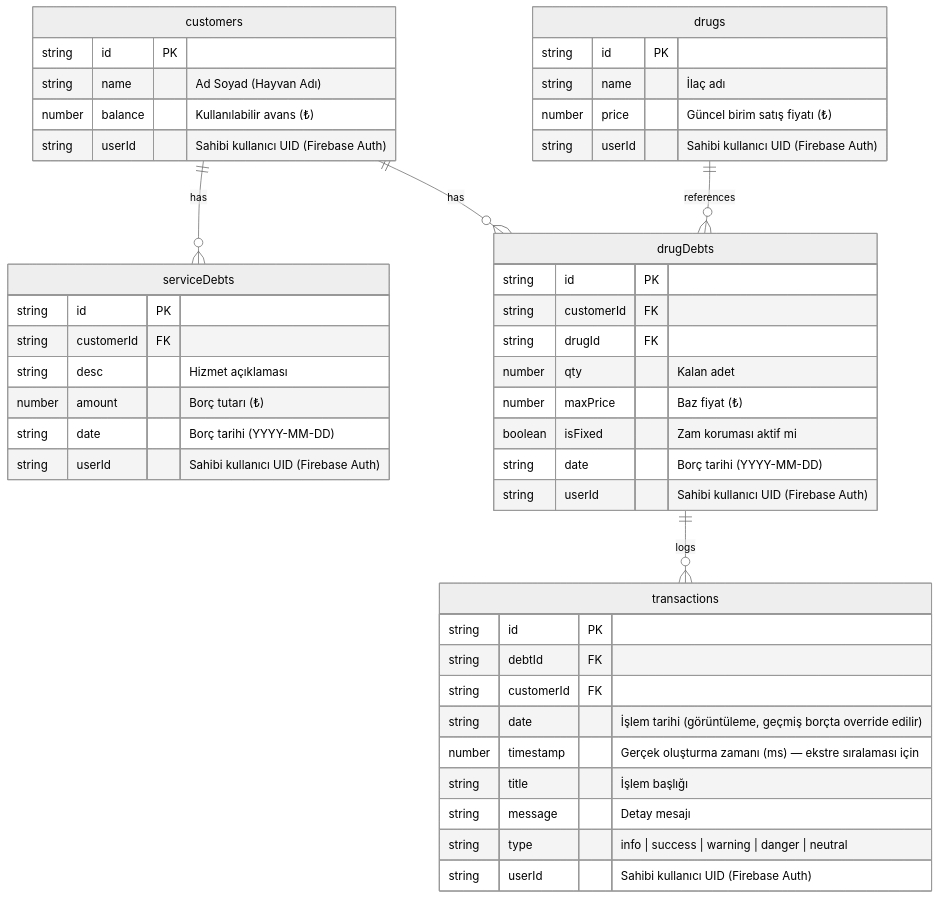
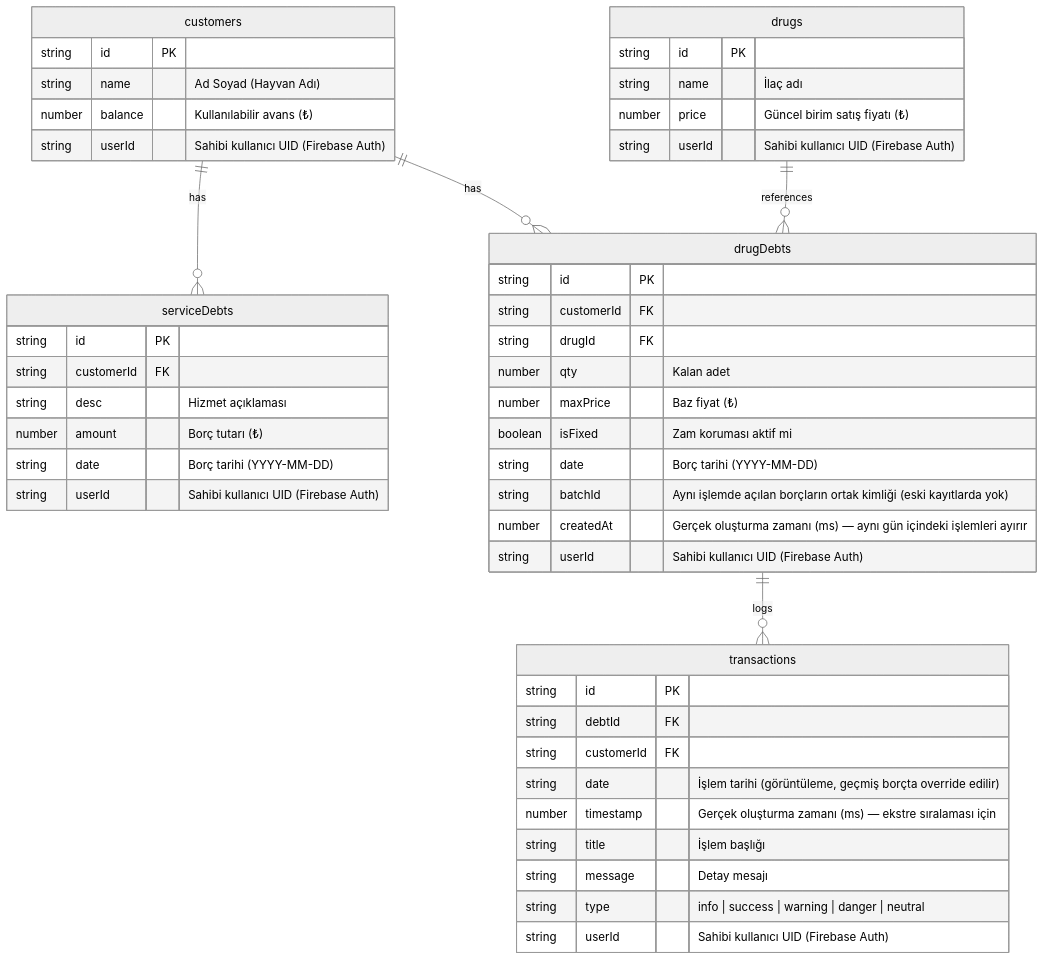
One commit to omerf-engin/vetcari-app changed the second of 4 diagrams in docs/ARCHITECTURE.md. Above: the diagram before and after it, drawn with Mermaid (neutral theme). The commit also changed other lines of this file and 3 other files, not shown here.

First line of the commit message:
docs: TASK-026 tamamlandi, ARCHITECTURE ve CLAUDE.md guncellendi

````diff
--- a/docs/ARCHITECTURE.md
+++ b/docs/ARCHITECTURE.md
@@ -240,53 +252,55 @@
 ```mermaid
 erDiagram
     customers ||--o{ serviceDebts : "has"
     customers ||--o{ drugDebts : "has"
     drugDebts ||--o{ transactions : "logs"
     drugs ||--o{ drugDebts : "references"
 
     customers {
         string id PK
         string name "Ad Soyad (Hayvan Adı)"
         number balance "Kullanılabilir avans (₺)"
         string userId "Sahibi kullanıcı UID (Firebase Auth)"
     }
 
     drugs {
         string id PK
         string name "İlaç adı"
         number price "Güncel birim satış fiyatı (₺)"
         string userId "Sahibi kullanıcı UID (Firebase Auth)"
     }
 
     serviceDebts {
         string id PK
         string customerId FK
         string desc "Hizmet açıklaması"
         number amount "Borç tutarı (₺)"
         string date "Borç tarihi (YYYY-MM-DD)"
         string userId "Sahibi kullanıcı UID (Firebase Auth)"
     }
 
     drugDebts {
         string id PK
         string customerId FK
         string drugId FK
         number qty "Kalan adet"
         number maxPrice "Baz fiyat (₺)"
         boolean isFixed "Zam koruması aktif mi"
         string date "Borç tarihi (YYYY-MM-DD)"
+        string batchId "Aynı işlemde açılan borçların ortak kimliği (eski kayıtlarda yok)"
+        number createdAt "Gerçek oluşturma zamanı (ms) — aynı gün içindeki işlemleri ayırır"
         string userId "Sahibi kullanıcı UID (Firebase Auth)"
     }
 
     transactions {
         string id PK
         string debtId FK
         string customerId FK
         string date "İşlem tarihi (görüntüleme, geçmiş borçta override edilir)"
         number timestamp "Gerçek oluşturma zamanı (ms) — ekstre sıralaması için"
         string title "İşlem başlığı"
         string message "Detay mesajı"
         string type "info | success | warning | danger | neutral"
         string userId "Sahibi kullanıcı UID (Firebase Auth)"
     }
 ```
````
